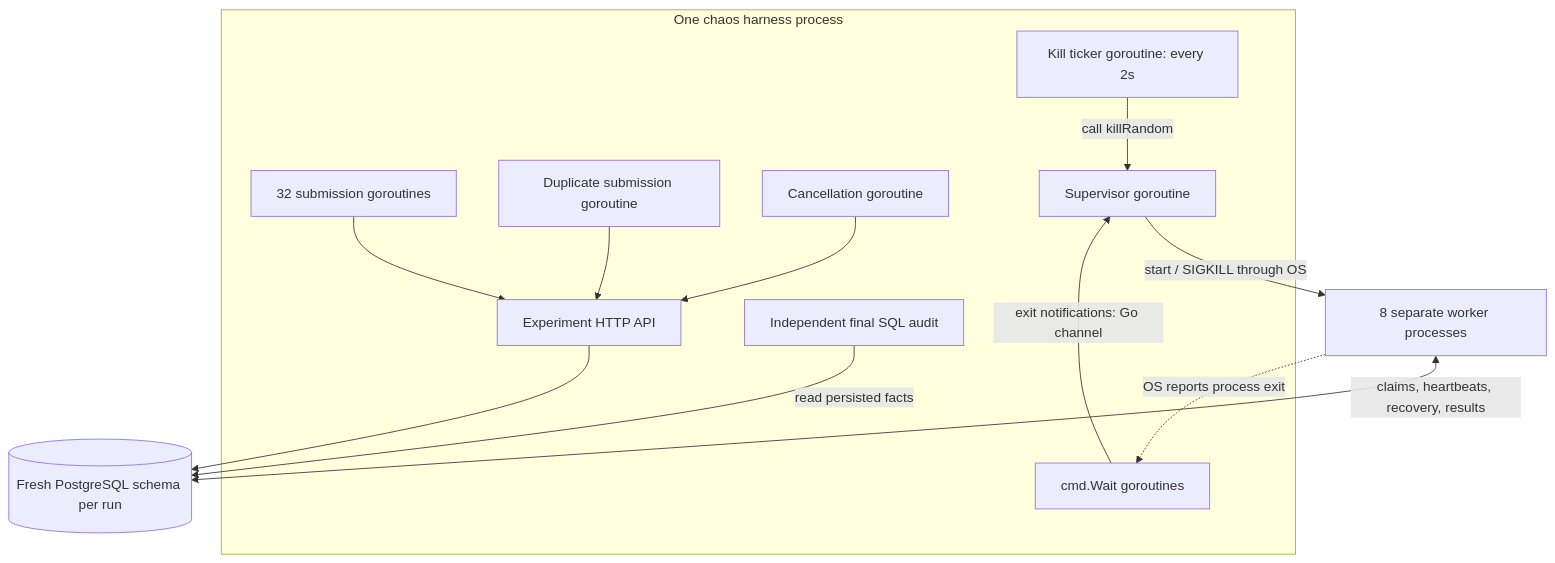
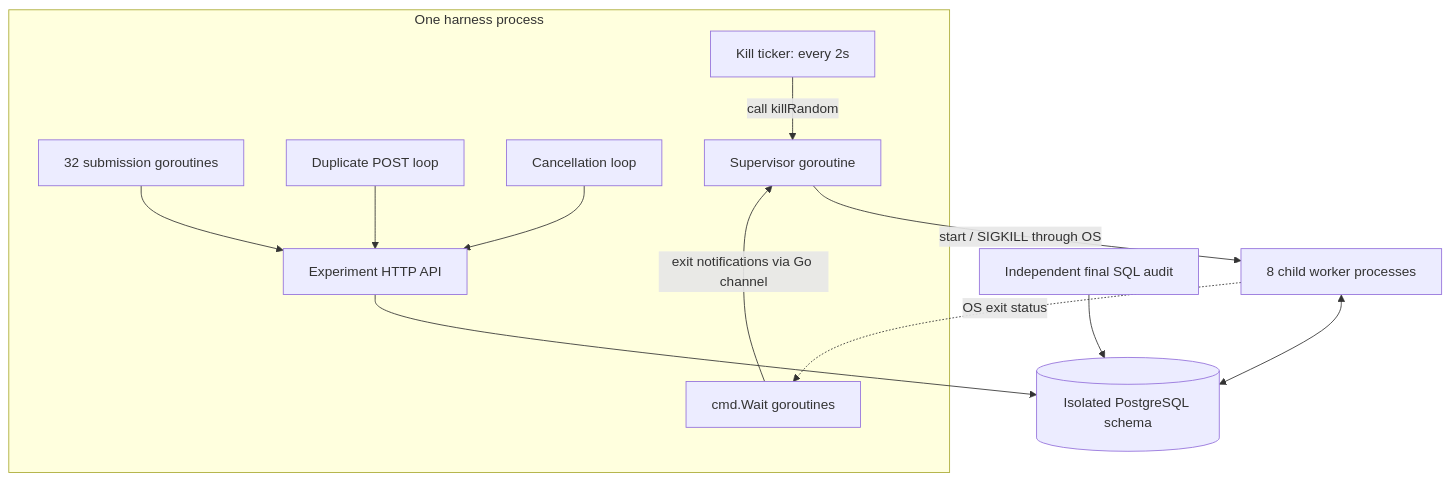
Before and after one commit to amh1k/soup-job-queue: the third of 3 diagrams in README.md, drawn with Mermaid. The commit also changed other lines of this file and 41 other files, not shown here.

Commit message:
docs: record corrected harness results and finalize submission

````diff
--- a/README.md
+++ b/README.md
@@ -174,23 +105,15 @@
 ```mermaid
 flowchart TB
-    subgraph Harness["One chaos harness process"]
-        Create["32 submission goroutines"]
-        Retry["Duplicate submission goroutine"]
-        Cancel["Cancellation goroutine"]
-        Kill["Kill ticker goroutine: every 2s"]
-        Supervisor["Supervisor goroutine"]
-        Wait["cmd.Wait goroutines"]
-        HTTP["Experiment HTTP API"]
-        Audit["Independent final SQL audit"]
-        Create --> HTTP
-        Retry --> HTTP
-        Cancel --> HTTP
-        Kill -->|"call killRandom"| Supervisor
-        Wait -->|"exit notifications: Go channel"| Supervisor
+    subgraph Harness["One harness process"]
+        Submit["32 submission goroutines"] --> API["Experiment HTTP API"]
+        Retry["Duplicate POST loop"] --> API
+        Cancel["Cancellation loop"] --> API
+        Kill["Kill ticker: every 2s"] -->|"call killRandom"| Supervisor["Supervisor goroutine"]
+        Wait["cmd.Wait goroutines"] -->|"exit notifications via Go channel"| Supervisor
     end
-    Supervisor -->|"start / SIGKILL through OS"| Children["8 separate worker processes"]
-    Children -.->|"OS reports process exit"| Wait
-    HTTP --> DB[("Fresh PostgreSQL schema per run")]
-    Children <-->|"claims, heartbeats, recovery, results"| DB
-    Audit -->|"read persisted facts"| DB
+    Supervisor -->|"start / SIGKILL through OS"| Workers["8 child worker processes"]
+    Workers -.->|"OS exit status"| Wait
+    API --> DB[("Isolated PostgreSQL schema")]
+    Workers <--> DB
+    Audit["Independent final SQL audit"] --> DB
 ```
````
